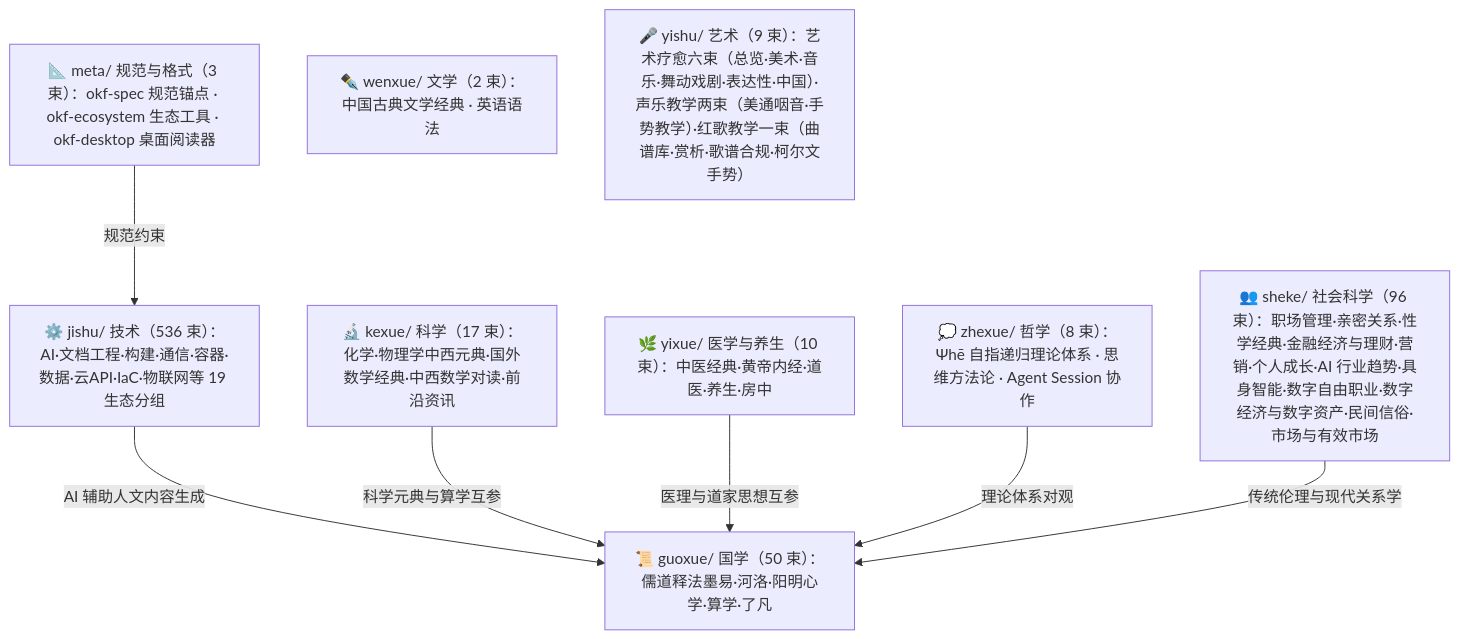
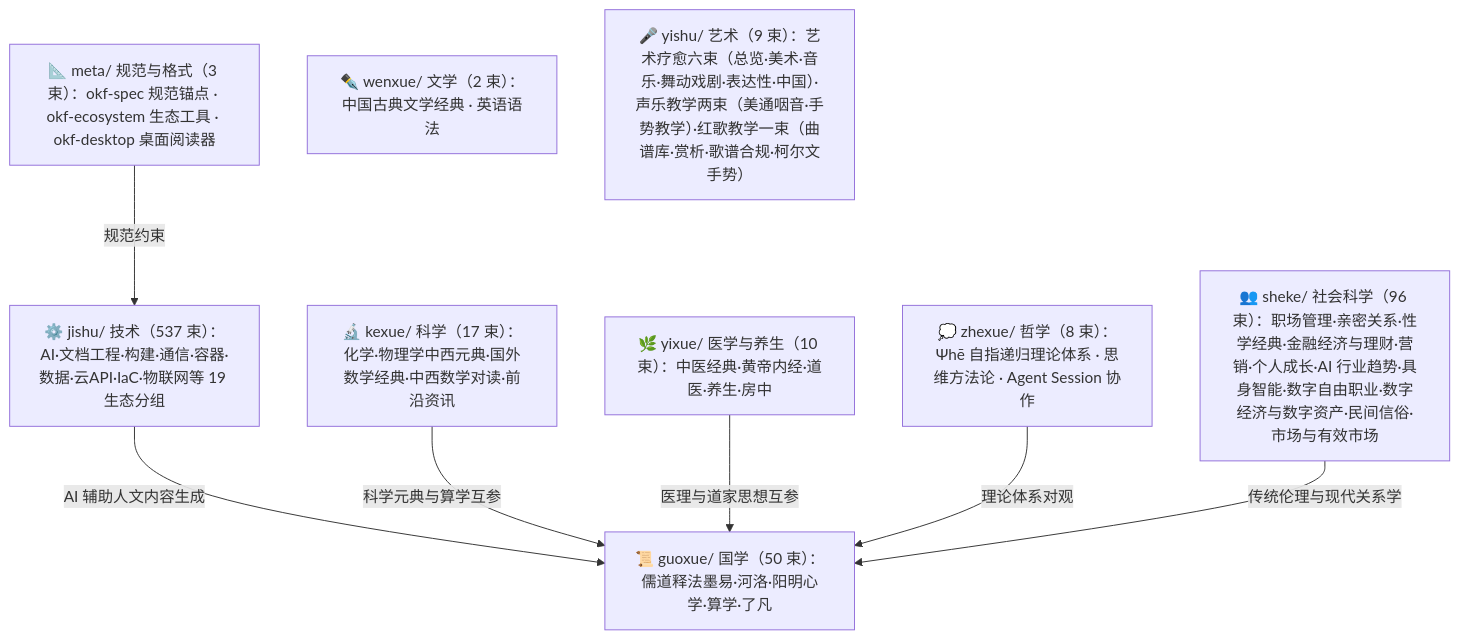
The diagram in doc/bundles/index.md (awesome-flexloop/awesome-okf), drawn with Mermaid before and after one commit. The commit also changed other lines of this file and 23 other files, not shown here.

````diff
--- a/doc/bundles/index.md
+++ b/doc/bundles/index.md
@@ -21,18 +21,18 @@
 ```mermaid
 flowchart TD
     meta["📐 meta/ 规范与格式（3 束）：okf-spec 规范锚点 · okf-ecosystem 生态工具 · okf-desktop 桌面阅读器"]
     guoxue["📜 guoxue/ 国学（50 束）：儒道释法墨易·河洛·阳明心学·算学·了凡"]
     zhexue["💭 zhexue/ 哲学（8 束）：Ψhē 自指递归理论体系 · 思维方法论 · Agent Session 协作"]
     kexue["🔬 kexue/ 科学（17 束）：化学·物理学中西元典·国外数学经典·中西数学对读·前沿资讯"]
     wenxue["✒️ wenxue/ 文学（2 束）：中国古典文学经典 · 英语语法"]
     yixue["🌿 yixue/ 医学与养生（10 束）：中医经典·黄帝内经·道医·养生·房中"]
     sheke["👥 sheke/ 社会科学（96 束）：职场管理·亲密关系·性学经典·金融经济与理财·营销·个人成长·AI 行业趋势·具身智能·数字自由职业·数字经济与数字资产·民间信俗·市场与有效市场"]
     yishu["🎤 yishu/ 艺术（9 束）：艺术疗愈六束（总览·美术·音乐·舞动戏剧·表达性·中国）·声乐教学两束（美通咽音·手势教学）·红歌教学一束（曲谱库·赏析·歌谱合规·柯尔文手势）"]
-    jishu["⚙️ jishu/ 技术（536 束）：AI·文档工程·构建·通信·容器·数据·云API·IaC·物联网等 19 生态分组"]
+    jishu["⚙️ jishu/ 技术（537 束）：AI·文档工程·构建·通信·容器·数据·云API·IaC·物联网等 19 生态分组"]
     meta -->|"规范约束"| jishu
     jishu -->|"AI 辅助人文内容生成"| guoxue
     kexue -->|"科学元典与算学互参"| guoxue
     yixue -->|"医理与道家思想互参"| guoxue
     zhexue -->|"理论体系对观"| guoxue
     sheke -->|"传统伦理与现代关系学"| guoxue
 ```
````
